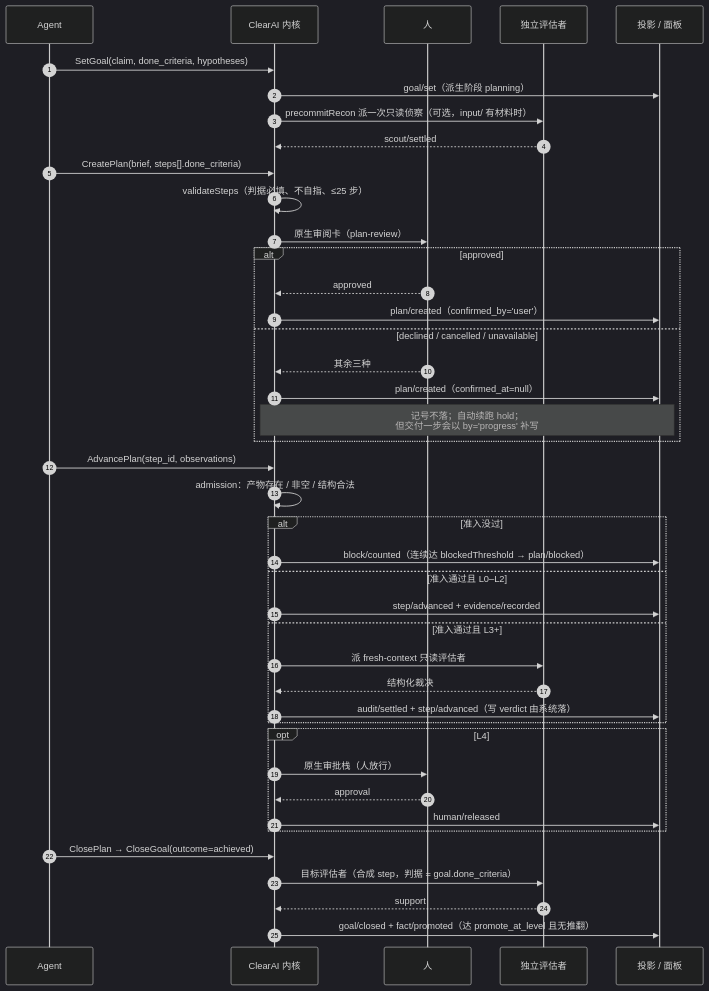
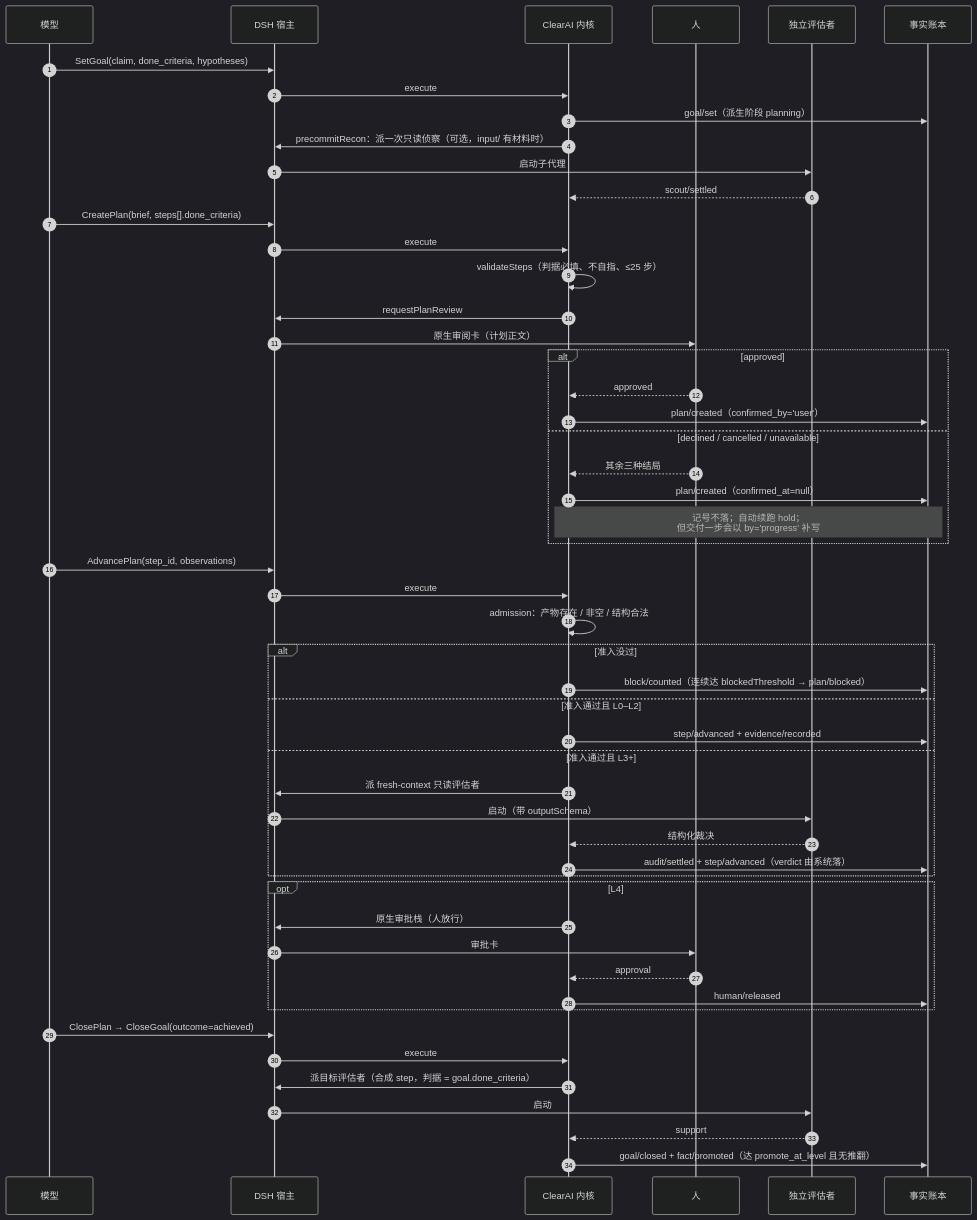
Before and after one commit to Clearailhc/clearai-dsh: the third of 6 diagrams in docs/optimization/timing-diagrams.zh-CN.md, drawn with Mermaid (dark theme). The commit also changed other lines of this file and 5 other files, not shown here.

First line of the commit message:
docs(optimization): 时序图重写——固定角色表，Agent 拆成模型与宿主

````diff
--- a/docs/optimization/timing-diagrams.zh-CN.md
+++ b/docs/optimization/timing-diagrams.zh-CN.md
@@ -36,48 +76,58 @@
 ```mermaid
 sequenceDiagram
     autonumber
-    participant A as Agent
+    participant M as 模型
+    participant D as DSH 宿主
     participant K as ClearAI 内核
     participant H as 人
     participant E as 独立评估者
-    participant P as 投影 / 面板
+    participant L as 事实账本
 
-    A->>K: SetGoal(claim, done_criteria, hypotheses)
-    K->>P: goal/set（派生阶段 planning）
-    K->>E: precommitRecon 派一次只读侦察（可选，input/ 有材料时）
+    M->>D: SetGoal(claim, done_criteria, hypotheses)
+    D->>K: execute
+    K->>L: goal/set（派生阶段 planning）
+    K->>D: precommitRecon：派一次只读侦察（可选，input/ 有材料时）
+    D->>E: 启动子代理
     E-->>K: scout/settled
 
-    A->>K: CreatePlan(brief, steps[].done_criteria)
+    M->>D: CreatePlan(brief, steps[].done_criteria)
+    D->>K: execute
     K->>K: validateSteps（判据必填、不自指、≤25 步）
-    K->>H: 原生审阅卡（plan-review）
+    K->>D: requestPlanReview
+    D->>H: 原生审阅卡（计划正文）
     alt approved
         H-->>K: approved
-        K->>P: plan/created（confirmed_by='user'）
+        K->>L: plan/created（confirmed_by='user'）
     else declined / cancelled / unavailable
-        H-->>K: 其余三种
-        K->>P: plan/created（confirmed_at=null）
-        Note over K,P: 记号不落；自动续跑 hold；<br/>但交付一步会以 by='progress' 补写
+        H-->>K: 其余三种结局
+        K->>L: plan/created（confirmed_at=null）
+        Note over K,L: 记号不落；自动续跑 hold；<br/>但交付一步会以 by='progress' 补写
     end
 
-    A->>K: AdvancePlan(step_id, observations)
+    M->>D: AdvancePlan(step_id, observations)
+    D->>K: execute
     K->>K: admission：产物存在 / 非空 / 结构合法
     alt 准入没过
-        K->>P: block/counted（连续达 blockedThreshold → plan/blocked）
+        K->>L: block/counted（连续达 blockedThreshold → plan/blocked）
     else 准入通过且 L0–L2
-        K->>P: step/advanced + evidence/recorded
+        K->>L: step/advanced + evidence/recorded
     else 准入通过且 L3+
-        K->>E: 派 fresh-context 只读评估者
+        K->>D: 派 fresh-context 只读评估者
+        D->>E: 启动（带 outputSchema）
         E-->>K: 结构化裁决
-        K->>P: audit/settled + step/advanced（写 verdict 由系统落）
+        K->>L: audit/settled + step/advanced（verdict 由系统落）
     end
     opt L4
-        K->>H: 原生审批栈（人放行）
+        K->>D: 原生审批栈（人放行）
+        D->>H: 审批卡
         H-->>K: approval
-        K->>P: human/released
+        K->>L: human/released
     end
 
-    A->>K: ClosePlan → CloseGoal(outcome=achieved)
-    K->>E: 目标评估者（合成 step，判据 = goal.done_criteria）
+    M->>D: ClosePlan → CloseGoal(outcome=achieved)
+    D->>K: execute
+    K->>D: 派目标评估者（合成 step，判据 = goal.done_criteria）
+    D->>E: 启动
     E-->>K: support
-    K->>P: goal/closed + fact/promoted（达 promote_at_level 且无推翻）
+    K->>L: goal/closed + fact/promoted（达 promote_at_level 且无推翻）
 ```
````
